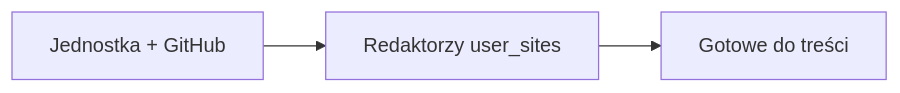
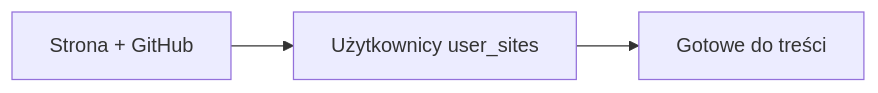
Before and after one commit to mbatorowicz/OmniPress: the diagram in docs/ADMIN.md, drawn with Mermaid. The commit also changed other lines of this file and 38 other files, not shown here.

````diff
--- a/docs/ADMIN.md
+++ b/docs/ADMIN.md
@@ -22,5 +23,5 @@
 ```mermaid
 flowchart LR
-  unit[Jednostka + GitHub] --> editors[Redaktorzy user_sites]
+  unit[Strona + GitHub] --> editors[Użytkownicy user_sites]
   editors --> ready[Gotowe do treści]
 ```
````
